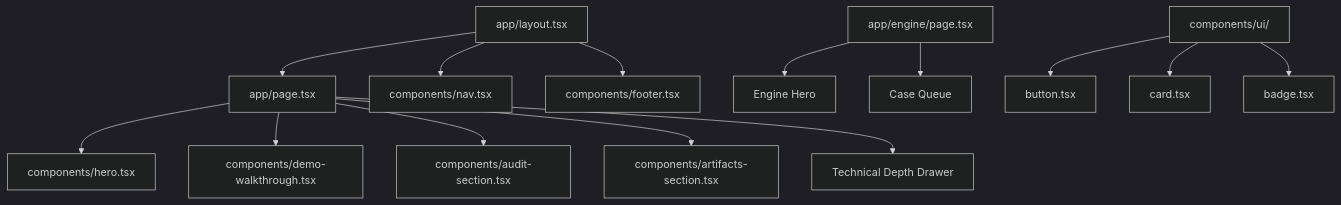
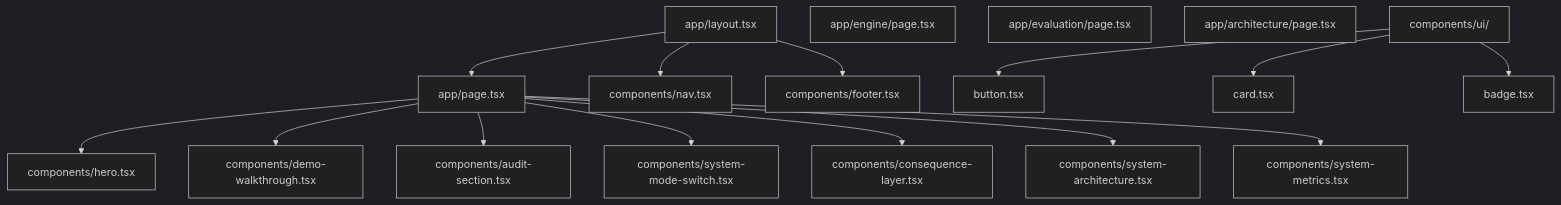
Before and after one commit to AngelP17/Astraea: the fourth of 21 diagrams in architecture.md, drawn with Mermaid (dark theme). The commit also changed other lines of this file and 3 other files, not shown here.

First line of the commit message:
docs: sync mermaid diagrams and documentation with latest codebase state

````diff
--- a/architecture.md
+++ b/architecture.md
@@ -94,36 +94,38 @@
 ```mermaid
 graph TD
     App["app/layout.tsx"]
     Page["app/page.tsx"]
     Hero["components/hero.tsx"]
     Nav["components/nav.tsx"]
     Walkthrough["components/demo-walkthrough.tsx"]
     Audit["components/audit-section.tsx"]
-    Artifacts["components/artifacts-section.tsx"]
-    DeepDive["Technical Depth Drawer"]
+    ModeSwitch["components/system-mode-switch.tsx"]
+    Consequence["components/consequence-layer.tsx"]
+    ArchView["components/system-architecture.tsx"]
+    Metrics["components/system-metrics.tsx"]
     Footer["components/footer.tsx"]
-    
+
     Engine["app/engine/page.tsx"]
-    EngineHero["Engine Hero"]
-    CaseQueue["Case Queue"]
-    
+    Eval["app/evaluation/page.tsx"]
+    Arch["app/architecture/page.tsx"]
+
     UI["components/ui/"]
     Button["button.tsx"]
     Card["card.tsx"]
     Badge["badge.tsx"]
-    
+
     App --> Page
     App --> Nav
     App --> Footer
     Page --> Hero
     Page --> Walkthrough
     Page --> Audit
-    Page --> Artifacts
-    Page --> DeepDive
-    Engine --> EngineHero
-    Engine --> CaseQueue
-    
+    Page --> ModeSwitch
+    Page --> Consequence
+    Page --> ArchView
+    Page --> Metrics
+
     UI --> Button
     UI --> Card
     UI --> Badge
 ```
````
